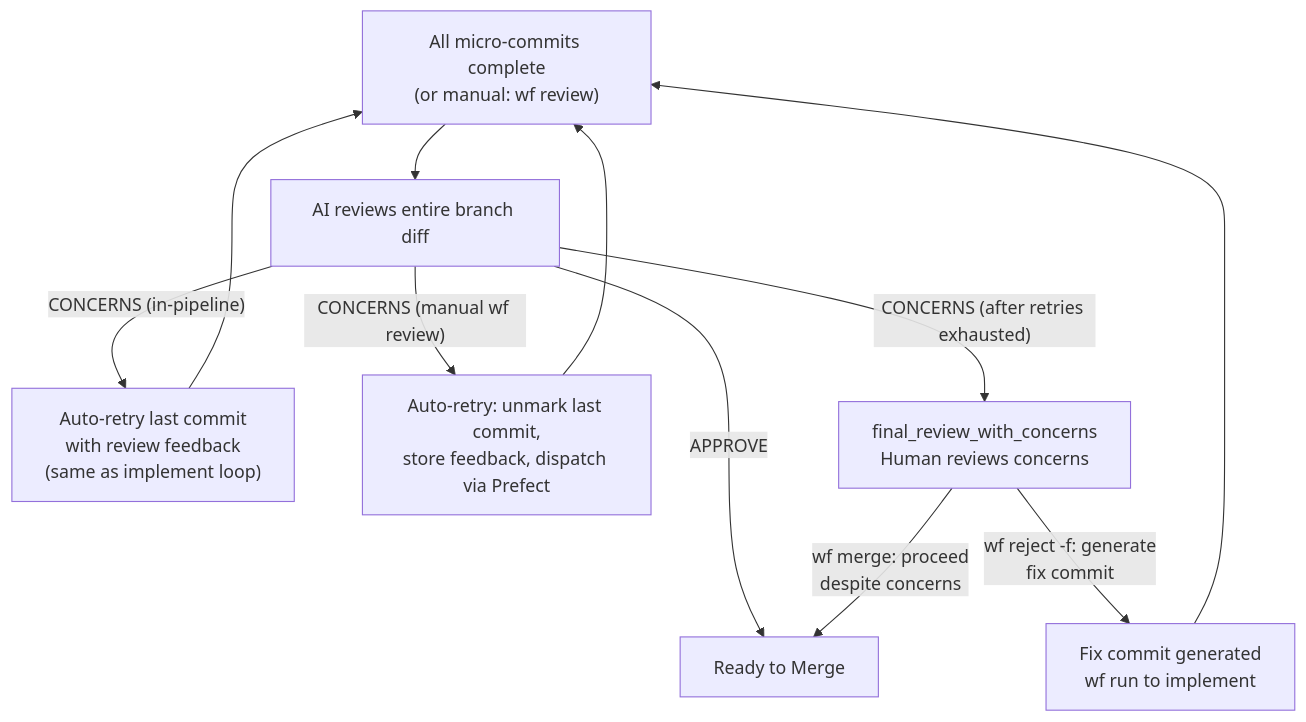
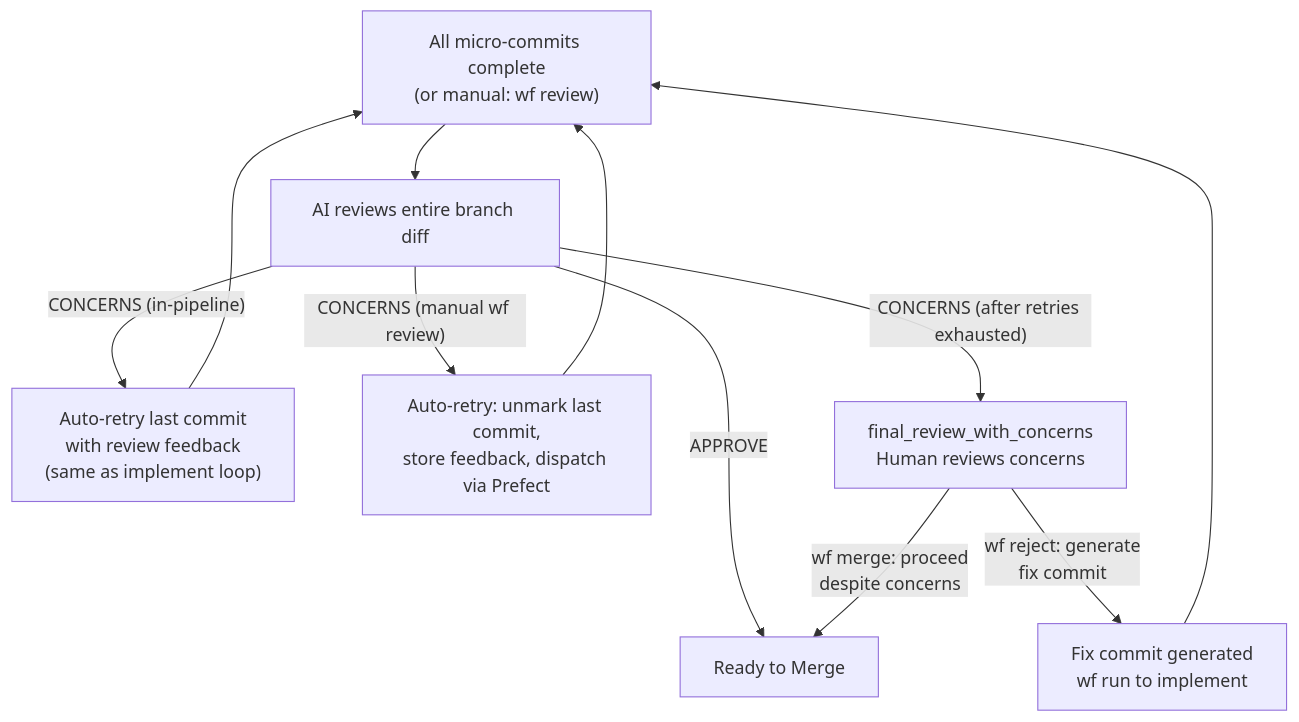
The fourth of 11 diagrams in docs/WF.md (codr1/hashd-code), drawn with Mermaid before and after one commit. The commit also changed other lines of this file and 6 other files, not shown here.

````diff
--- a/docs/WF.md
+++ b/docs/WF.md
@@ -211,12 +274,12 @@
 ```mermaid
 flowchart TD
     TRIGGER["All micro-commits complete\n(or manual: wf review)"] --> AI[AI reviews entire branch diff]
     AI -->|APPROVE| READY[Ready to Merge]
     AI -->|"CONCERNS (in-pipeline)"| RETRY["Auto-retry last commit\nwith review feedback\n(same as implement loop)"]
     RETRY --> TRIGGER
     AI -->|"CONCERNS (manual wf review)"| AUTORETRY["Auto-retry: unmark last commit,\nstore feedback, dispatch via Prefect"]
     AUTORETRY --> TRIGGER
     AI -->|"CONCERNS (after retries exhausted)"| HUMAN[final_review_with_concerns\nHuman reviews concerns]
     HUMAN -->|"wf merge: proceed\ndespite concerns"| READY
-    HUMAN -->|"wf reject -f: generate\nfix commit"| FIX["Fix commit generated\nwf run to implement"] --> TRIGGER
+    HUMAN -->|"wf reject: generate\nfix commit"| FIX["Fix commit generated\nwf run to implement"] --> TRIGGER
 ```
````
